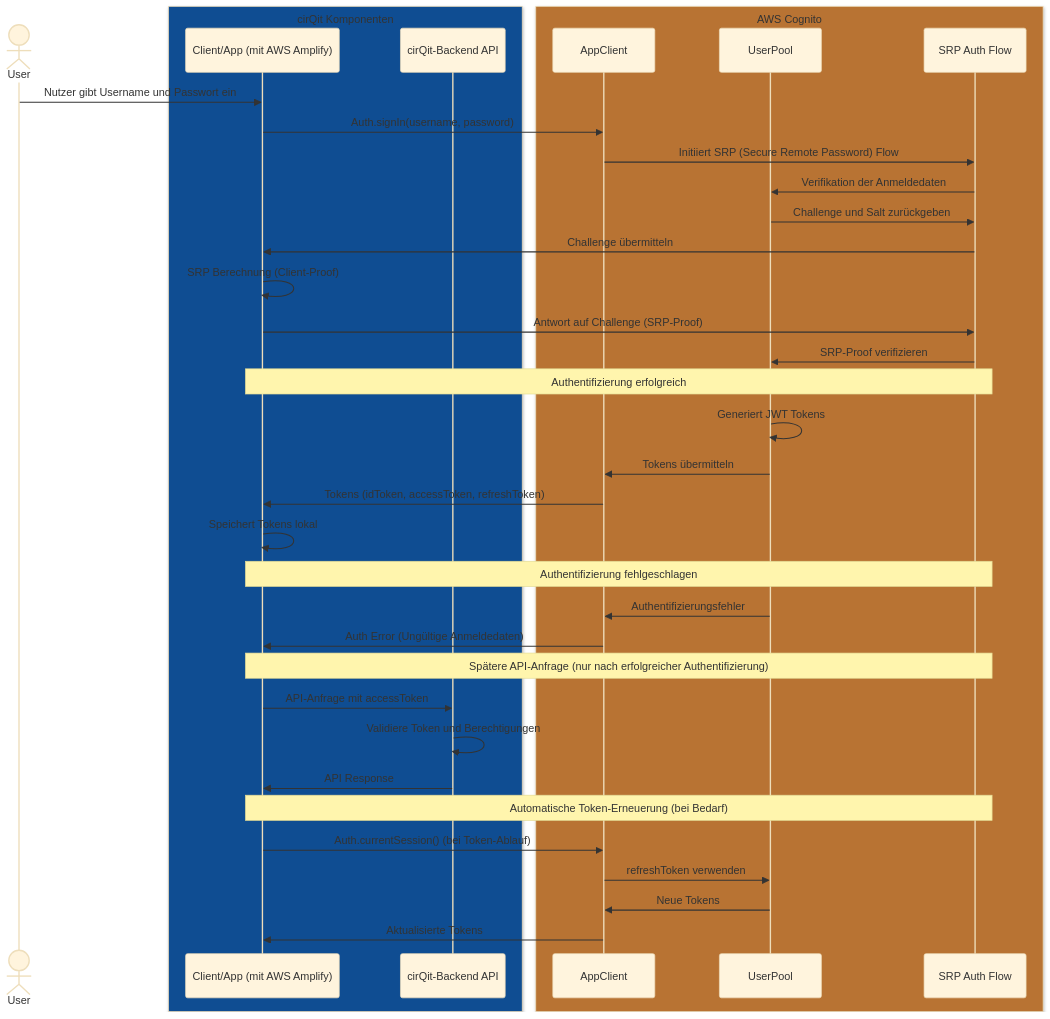
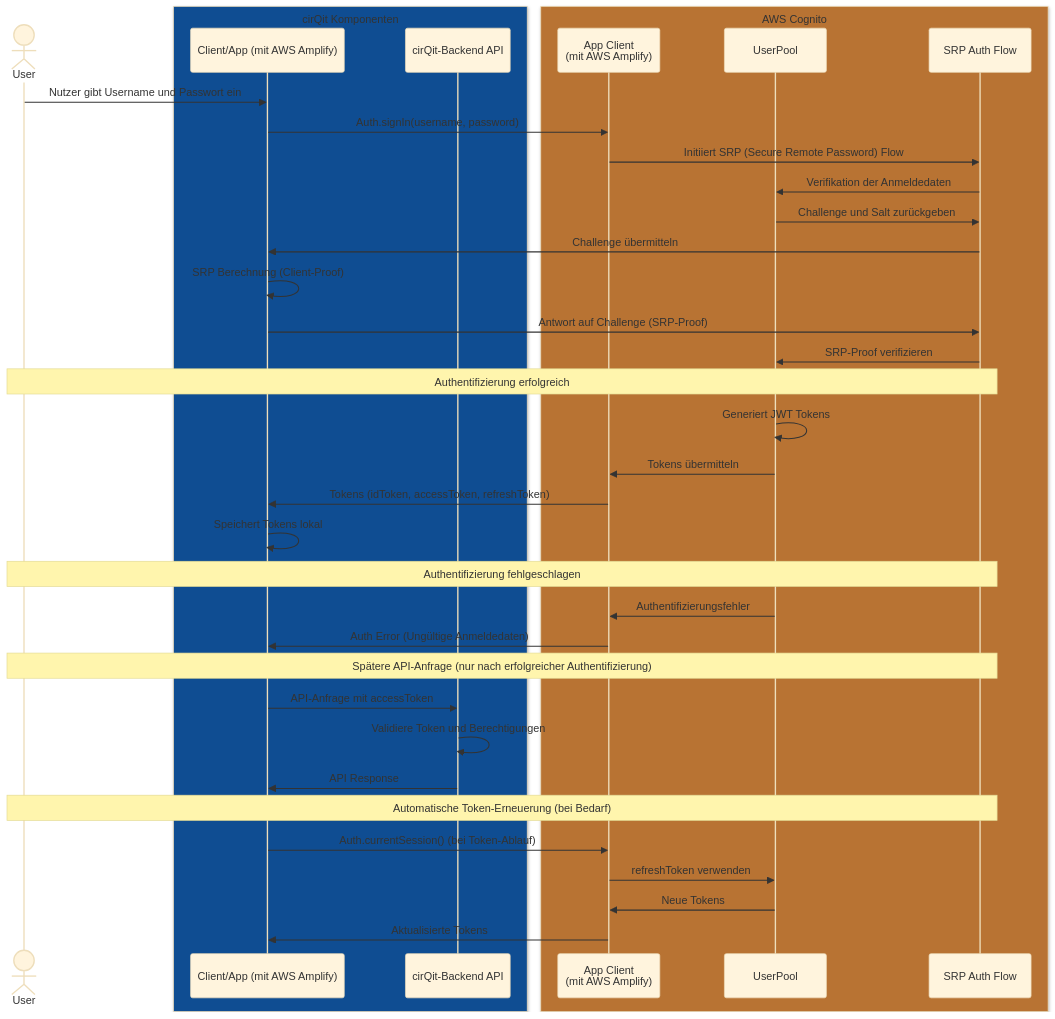
Before and after one commit to the-cirqit-editor/cirqit-openAPI: the diagram in example/username-password-flow/README.md, drawn with Mermaid (base theme). The commit also changed 3 other files, not shown here.

Commit message:
CIR-590 document the flows

````diff
--- a/example/username-password-flow/README.md
+++ b/example/username-password-flow/README.md
@@ -6,46 +6,48 @@
 ```mermaid
+%%{init: {"flowchart": {"htmlLabels": true}} }%%
+
 sequenceDiagram
     actor User
 
     box rgb(15, 77, 146)  cirQit Komponenten
         participant Client as Client/App (mit AWS Amplify)
         participant API as cirQit-Backend API
     end
 
     box rgb(184, 115, 51)  AWS Cognito
-    participant AppClient
+        participant AppClient as App Client <br/>   (mit AWS Amplify)
         participant UserPool
         participant AuthFlow as SRP Auth Flow
     end
 
     User->>Client: Nutzer gibt Username und Passwort ein
     Client->>AppClient: Auth.signIn(username, password)
     AppClient->>AuthFlow: Initiiert SRP (Secure Remote Password) Flow
     AuthFlow->>UserPool: Verifikation der Anmeldedaten
     UserPool->>AuthFlow: Challenge und Salt zurückgeben
     AuthFlow->>Client: Challenge übermitteln
     Client->>Client: SRP Berechnung (Client-Proof)
     Client->>AuthFlow: Antwort auf Challenge (SRP-Proof)
     AuthFlow->>UserPool: SRP-Proof verifizieren
 
-    Note over Client, AuthFlow: Authentifizierung erfolgreich
+    Note over User, AuthFlow: Authentifizierung erfolgreich
         UserPool->>UserPool: Generiert JWT Tokens
         UserPool->>AppClient: Tokens übermitteln
         AppClient->>Client: Tokens (idToken, accessToken, refreshToken)
         Client->>Client: Speichert Tokens lokal
 
-    Note over Client, AuthFlow: Authentifizierung fehlgeschlagen
+    Note over User, AuthFlow: Authentifizierung fehlgeschlagen
         UserPool->>AppClient: Authentifizierungsfehler
         AppClient->>Client: Auth Error (Ungültige Anmeldedaten)
     
-    Note over Client, AuthFlow: Spätere API-Anfrage (nur nach erfolgreicher Authentifizierung)
+    Note over User, AuthFlow: Spätere API-Anfrage (nur nach erfolgreicher Authentifizierung)
     Client->>API: API-Anfrage mit accessToken
     API->>API: Validiere Token und Berechtigungen
     API->>Client: API Response
     
-    Note over Client, AuthFlow: Automatische Token-Erneuerung (bei Bedarf)
+    Note over User, AuthFlow: Automatische Token-Erneuerung (bei Bedarf)
     Client->>AppClient: Auth.currentSession() (bei Token-Ablauf)
     AppClient->>UserPool: refreshToken verwenden
     UserPool->>AppClient: Neue Tokens
     AppClient->>Client: Aktualisierte Tokens
 ```
````
